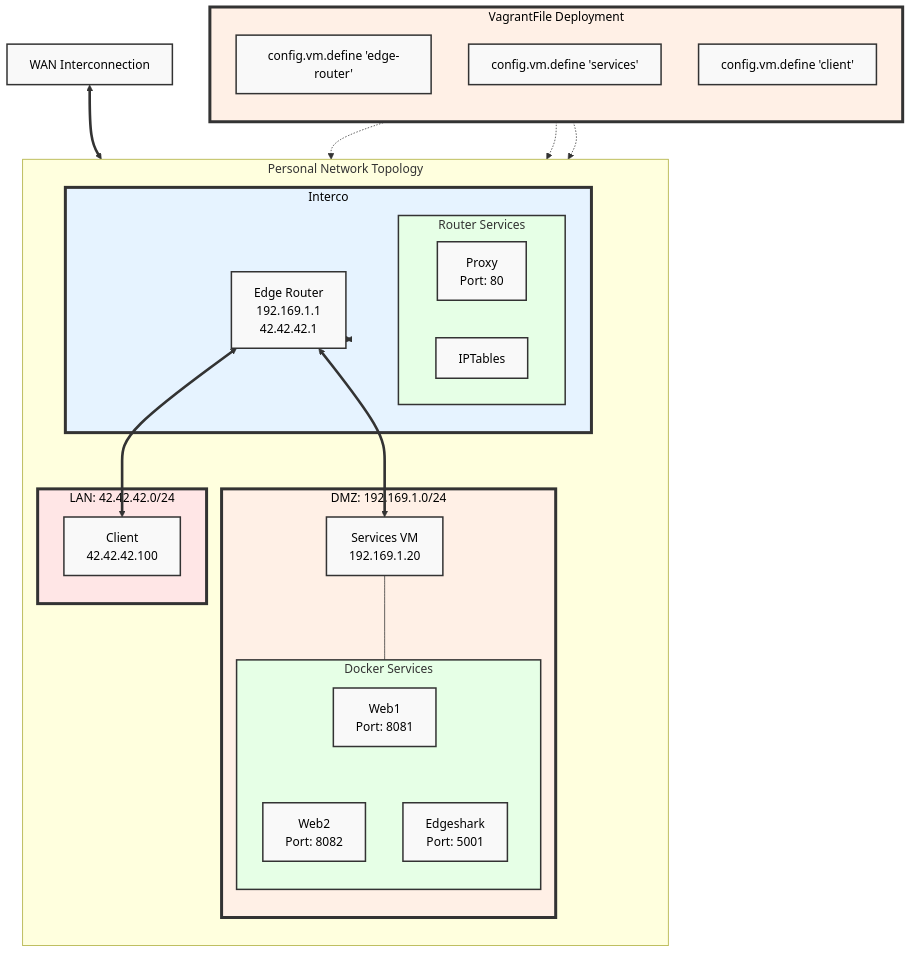
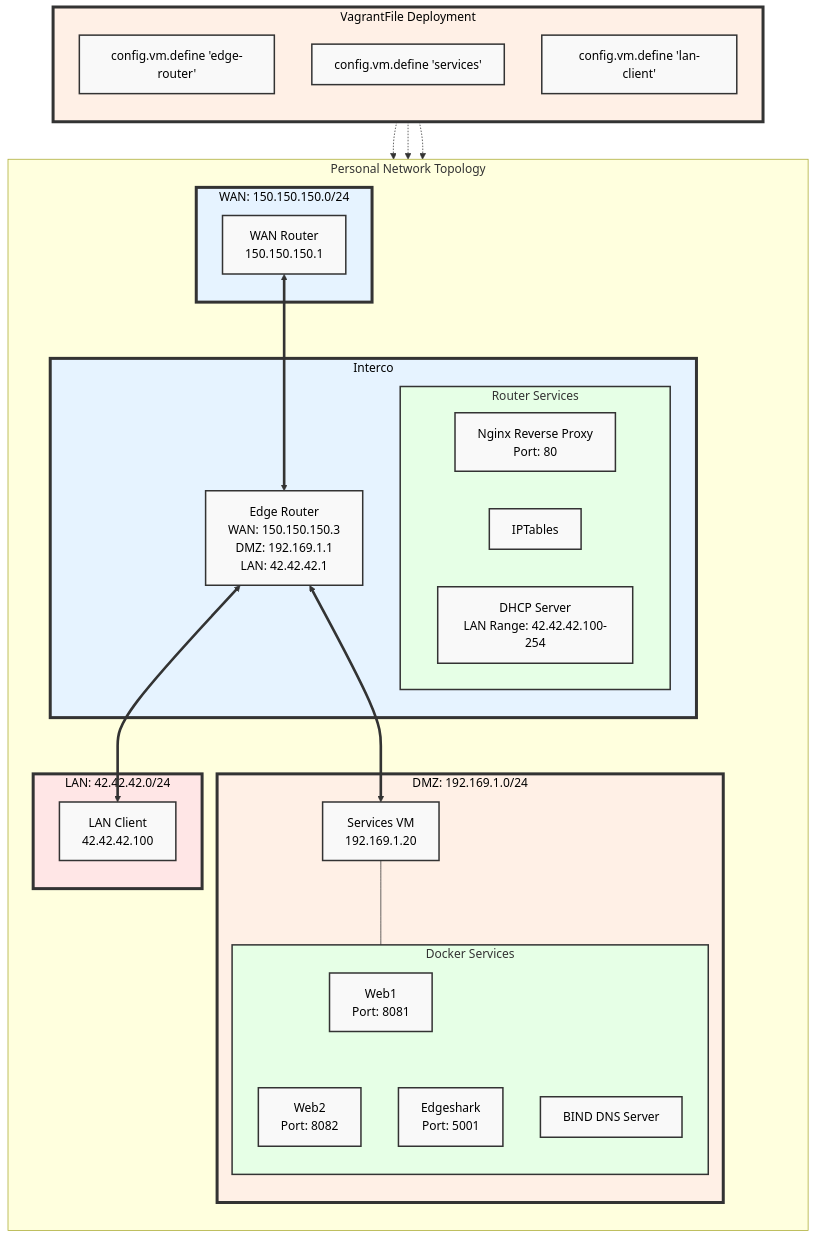
Before and after one commit to P4C-M4N/projet_reseau: the diagram in README.md, drawn with Mermaid.

````diff
--- a/README.md
+++ b/README.md
@@ -41,60 +41,61 @@
 ```mermaid
 graph TB
     subgraph VagrantFile[VagrantFile Deployment]
         direction TB
         style VagrantFile fill:#fff0e6,stroke:#333,stroke-width:4px
         VF1["config.vm.define 'edge-router'"]
         VF2["config.vm.define 'services'"]
-        VF3["config.vm.define 'client'"]
+        VF3["config.vm.define 'lan-client'"]
     end
 
     subgraph PersonalNetwork[Personal Network Topology]
         direction TB
+        subgraph WAN[WAN: 150.150.150.0/24]
+            style WAN fill:#e6f3ff,stroke:#333,stroke-width:4px
+            WANRouter[WAN Router<br>150.150.150.1]
+        end
+
         subgraph Interco[Interco]
             style Interco fill:#e6f3ff,stroke:#333,stroke-width:4px
-            EdgeRouter[Edge Router<br>192.169.1.1<br>42.42.42.1]
+            EdgeRouter[Edge Router<br>WAN: 150.150.150.3<br>DMZ: 192.169.1.1<br>LAN: 42.42.42.1]
             subgraph RouterServices[Router Services]
                 style RouterServices fill:#e6ffe6,stroke:#333,stroke-width:2px
-                NginxReverseProxy["Proxy<br>Port: 80"]
+                NginxProxy["Nginx Reverse Proxy<br>Port: 80"]
                 IPTables["IPTables"]
+                DHCP["DHCP Server<br>LAN Range: 42.42.42.100-254"]
             end
         end
 
         subgraph DMZ[DMZ: 192.169.1.0/24]
             style DMZ fill:#fff0e6,stroke:#333,stroke-width:4px
             Services[Services VM<br>192.169.1.20]
             subgraph DockerServices[Docker Services]
                 style DockerServices fill:#e6ffe6,stroke:#333,stroke-width:2px
                 Web1["Web1<br>Port: 8081"]
                 Web2["Web2<br>Port: 8082"]
                 Edgeshark["Edgeshark<br>Port: 5001"]
+                DNS["BIND DNS Server"]
             end
         end
 
         subgraph LAN[LAN: 42.42.42.0/24]
             style LAN fill:#ffe6e6,stroke:#333,stroke-width:4px
-            Client[Client<br>42.42.42.100]
+            Client[LAN Client<br>42.42.42.100]
         end
     end
 
-    WAN[WAN Interconnection]
-
-    Interco <==> EdgeRouter
+    WANRouter <==> EdgeRouter
     EdgeRouter <==> Client
     EdgeRouter <==> Services
     Services --- DockerServices
-    DockerServices --- Web1 & Web2 & Edgeshark
+    DockerServices --- Web1 & Web2 & Edgeshark & DNS
     VF1 -.-> EdgeRouter
     VF2 -.-> Services
     VF3 -.-> Client
-    WAN <==> EdgeRouter
 
     classDef default fill:#f9f9f9,stroke:#333,stroke-width:2px,color:black;
     classDef vagrantFile fill:#fff0e6,stroke:#333,stroke-width:4px,color:black;
     
-    %% Set specific colors for subnet labels to black
-    class DMZ default;
-    class LAN default;
-    class VagrantFile default;
-    class Interco default;
+    class DMZ,LAN,WAN default;
+    class VagrantFile,Interco default;
 ```
````
